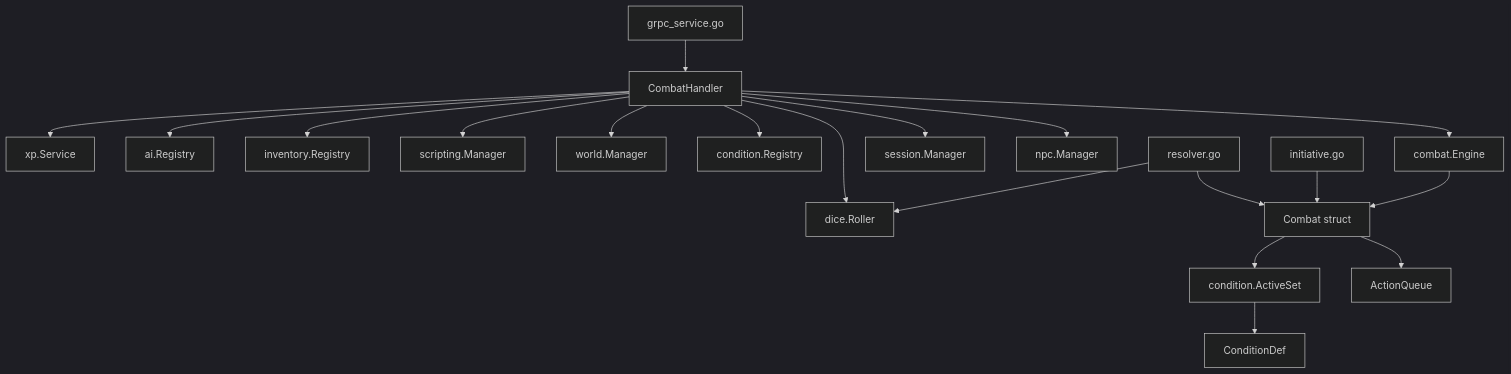
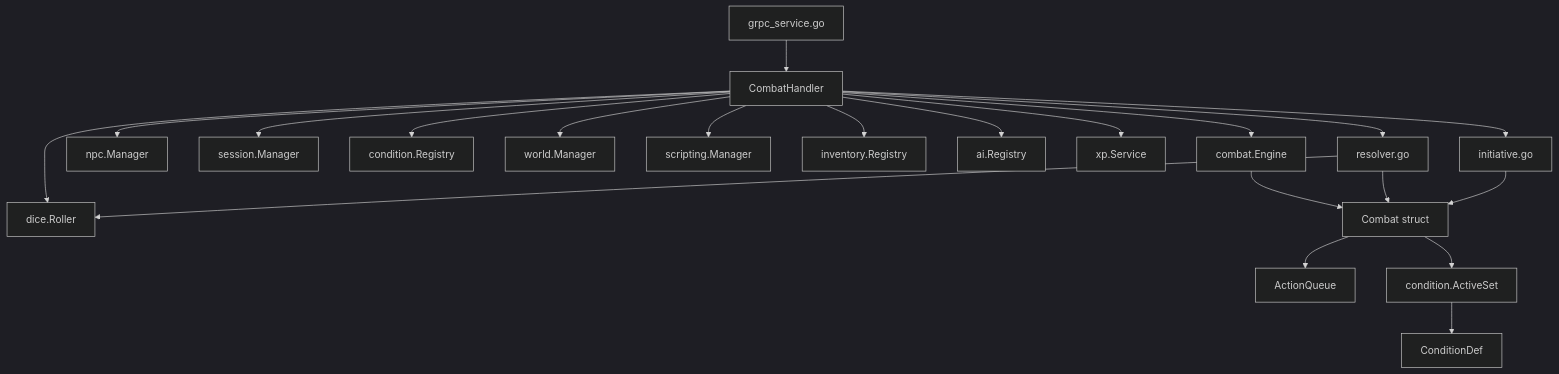
The second of 2 diagrams in docs/architecture/combat.md (cory-johannsen/mud), drawn with Mermaid (dark theme) before and after one commit. The commit also changed other lines of this file and 1 other file, not shown here.

Commit message:
docs(arch): fix RollInitiative receiver, add cover actions, fix graph edges

````diff
--- a/docs/architecture/combat.md
+++ b/docs/architecture/combat.md
@@ -117,21 +117,23 @@
 ```mermaid
 graph TD
     GS[grpc_service.go] --> CH[CombatHandler]
     CH --> E[combat.Engine]
     CH --> NPC[npc.Manager]
     CH --> SESS[session.Manager]
     CH --> DICE[dice.Roller]
     CH --> COND[condition.Registry]
     CH --> WORLD[world.Manager]
     CH --> SCRIPT[scripting.Manager]
     CH --> INV[inventory.Registry]
     CH --> AI[ai.Registry]
     CH --> XP[xp.Service]
     E --> C[Combat struct]
     C --> AQ[ActionQueue]
     C --> AS[condition.ActiveSet]
     AS --> CD[ConditionDef]
-    R[resolver.go] --> C
+    CH --> R[resolver.go]
+    CH --> I[initiative.go]
+    R --> C
     R --> DICE
-    I[initiative.go] --> C
+    I --> C
 ```
````
